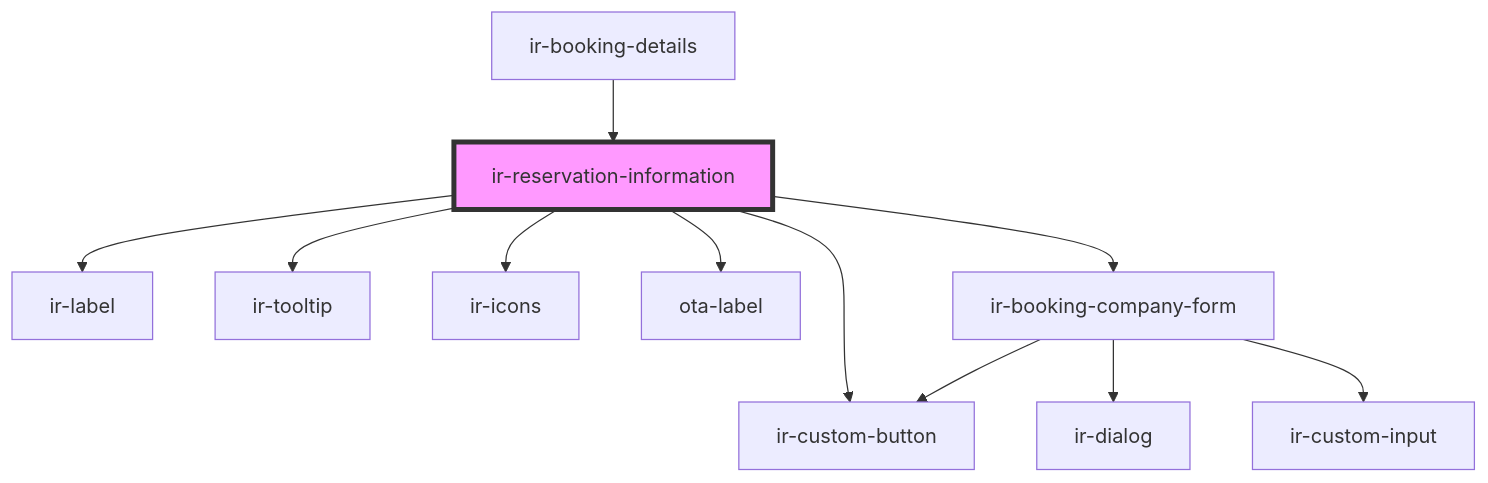
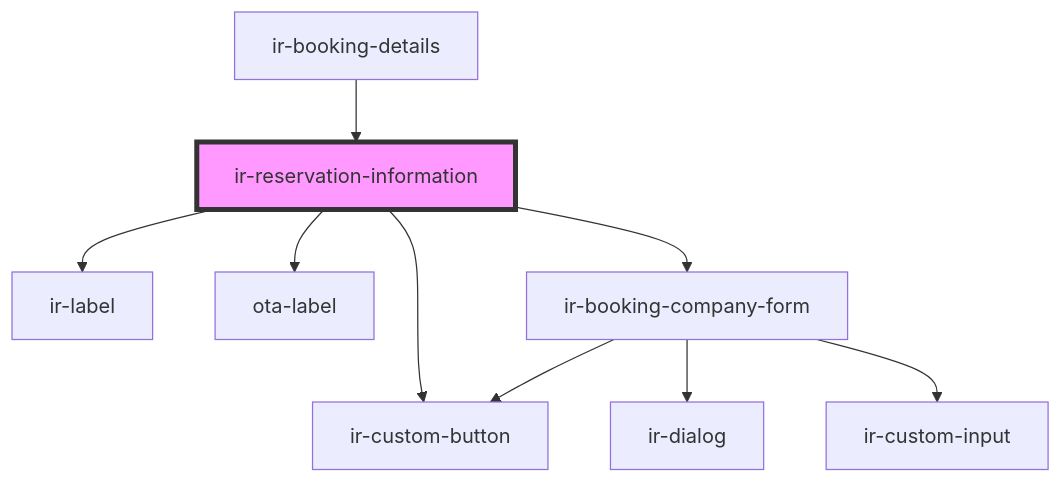
Before and after one commit to RonyRizk/ir-webcmp: the diagram in src/components/ir-booking-details/ir-reservation-information/readme.md, drawn with Mermaid. The commit also changed other lines of this file and 62 other files, not shown here.

````diff
--- a/src/components/ir-booking-details/ir-reservation-information/readme.md
+++ b/src/components/ir-booking-details/ir-reservation-information/readme.md
@@ -39,14 +37,12 @@
 ```mermaid
 graph TD;
   ir-reservation-information --> ir-label
-  ir-reservation-information --> ir-tooltip
-  ir-reservation-information --> ir-icons
   ir-reservation-information --> ir-custom-button
   ir-reservation-information --> ota-label
   ir-reservation-information --> ir-booking-company-form
   ir-booking-company-form --> ir-dialog
   ir-booking-company-form --> ir-custom-input
   ir-booking-company-form --> ir-custom-button
   ir-booking-details --> ir-reservation-information
   style ir-reservation-information fill:#f9f,stroke:#333,stroke-width:4px
 ```
````
